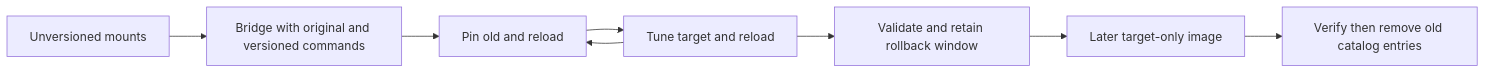
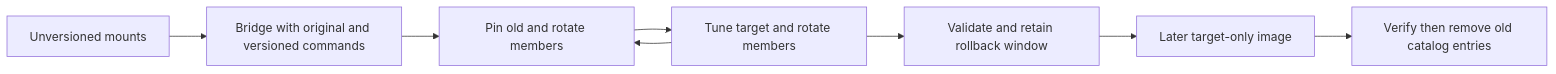
One commit to NVIDIA/nvcf changed the diagram in docs/self-managed/runbooks/openbao-jwt-plugin-upgrade.md. Above: the diagram before and after it, drawn with Mermaid. The commit also changed other lines of this file and 1 other file, not shown here.

Commit message:
docs(openbao): verify JWT plugin transitions on all members

````diff
--- a/docs/self-managed/runbooks/openbao-jwt-plugin-upgrade.md
+++ b/docs/self-managed/runbooks/openbao-jwt-plugin-upgrade.md
@@ -226,10 +244,10 @@
 ```mermaid
 flowchart LR
   A[Unversioned mounts] --> B[Bridge with original and versioned commands]
-  B --> C[Pin old and reload]
-  C --> D[Tune target and reload]
+  B --> C[Pin old and rotate members]
+  C --> D[Tune target and rotate members]
   D --> E[Validate and retain rollback window]
   E --> F[Later target-only image]
   F --> G[Verify then remove old catalog entries]
   D --> C
 ```
````
